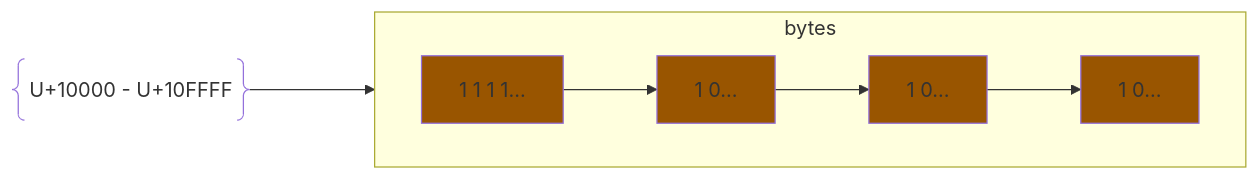
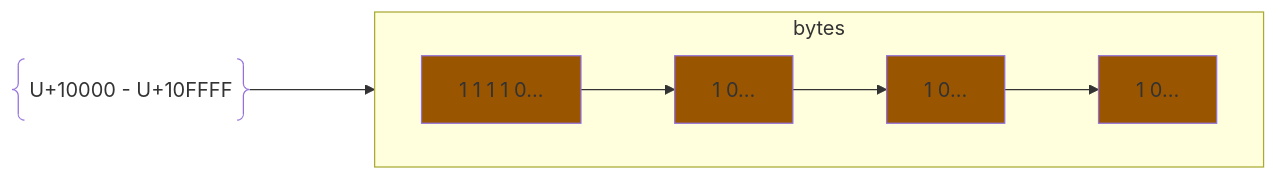
Before and after one commit to nathanc7278/cs35L-W25: diagram 15 of 15 in Notes/Client-Server Systems.md, drawn with Mermaid.

Commit message:
Update Client-Server Systems.md

````diff
--- a/Notes/Client-Server Systems.md
+++ b/Notes/Client-Server Systems.md
@@ -722,12 +722,12 @@
 ```mermaid
     graph LR
         subgraph bytes
             direction LR
-            a@{label: "1 1 1 1..."} --> b@{label: "1 0..."} --> c@{label: "1 0..."} --> d@{label: "1 0..."}
+            a@{label: "1 1 1 1 0..."} --> b@{label: "1 0..."} --> c@{label: "1 0..."} --> d@{label: "1 0..."}
         end
         comment@{shape: braces, label: "U+10000 - U+10FFFF"} ---> bytes
     style a fill:#950
     style b fill:#950
     style c fill:#950
     style d fill:#950
 ```
````
